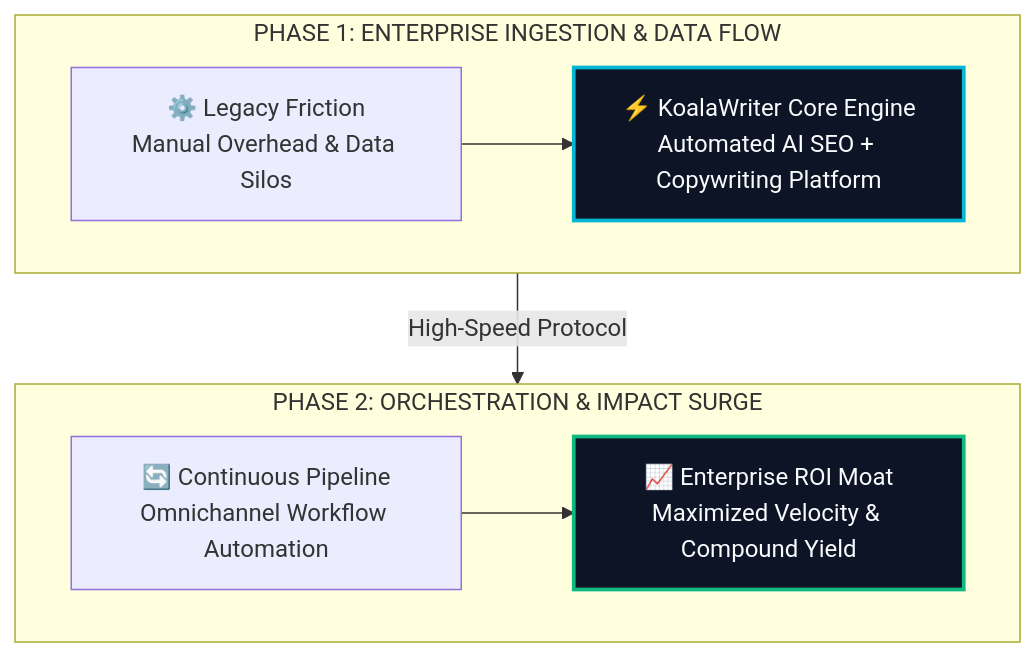
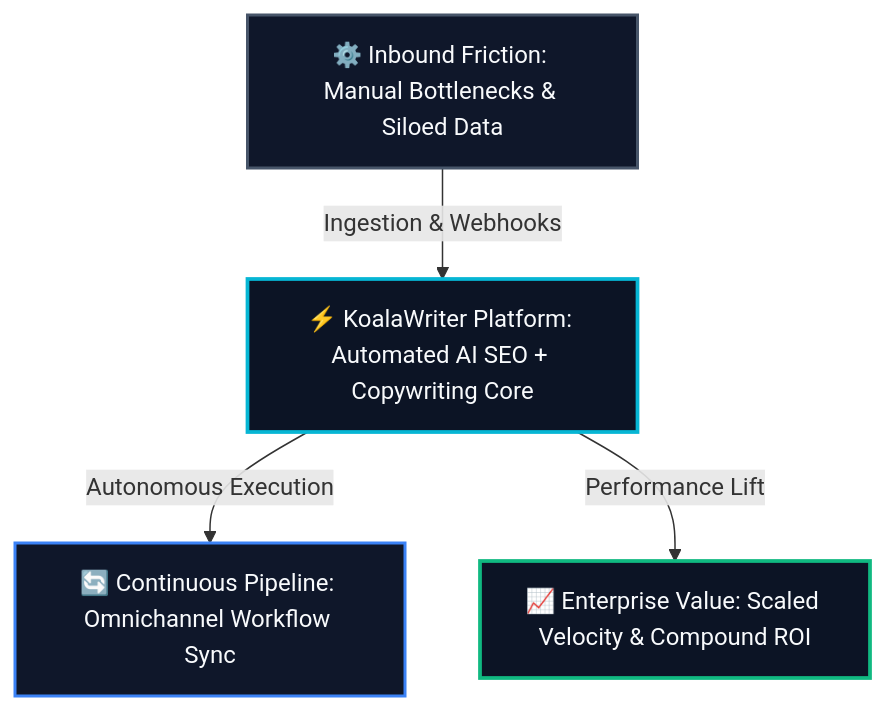
Before and after one commit to heliatech-media/saas-radar: the diagram in site/src/content/blog/koalawriter-evolution-guide-2026.md, drawn with Mermaid. The commit also changed 93 other files, not shown here.

First line of the commit message:
fix(diagrams): resolve dagre-d3 subgraph collision by migrating to balanced 3-tier Hub & Spoke architecture

````diff
--- a/site/src/content/blog/koalawriter-evolution-guide-2026.md
+++ b/site/src/content/blog/koalawriter-evolution-guide-2026.md
@@ -65,14 +65,14 @@
 ```mermaid
 flowchart TD
-    subgraph S1["PHASE 1: ENTERPRISE INGESTION & DATA FLOW"]
-        direction LR
-        A["⚙️ Legacy Friction<br/>Manual Overhead & Data Silos"] --> B["⚡ KoalaWriter Core Engine<br/>Automated AI SEO + Copywriting Platform"]
-    end
-    subgraph S2["PHASE 2: ORCHESTRATION & IMPACT SURGE"]
-        direction LR
-        C["🔄 Continuous Pipeline<br/>Omnichannel Workflow Automation"] --> D["📈 Enterprise ROI Moat<br/>Maximized Velocity & Compound Yield"]
-    end
-    S1 -->|High-Speed Protocol| S2
-    style B fill:#0c1425,stroke:#06b6d4,stroke-width:2.5px,color:#f8fafc
-    style D fill:#0c1425,stroke:#10b981,stroke-width:2.5px,color:#f8fafc
+    Inp["⚙️ Inbound Friction: Manual Bottlenecks & Siloed Data"]
+    Eng["⚡ KoalaWriter Platform: Automated AI SEO + Copywriting Core"]
+    Out1["🔄 Continuous Pipeline: Omnichannel Workflow Sync"]
+    Out2["📈 Enterprise Value: Scaled Velocity & Compound ROI"]
+    Inp -->|Ingestion & Webhooks| Eng
+    Eng -->|Autonomous Execution| Out1
+    Eng -->|Performance Lift| Out2
+    style Inp fill:#0f172a,stroke:#475569,stroke-width:2px,color:#f8fafc
+    style Eng fill:#0c1425,stroke:#06b6d4,stroke-width:2.5px,color:#f8fafc
+    style Out1 fill:#0f172a,stroke:#3b82f6,stroke-width:2px,color:#f8fafc
+    style Out2 fill:#0c1425,stroke:#10b981,stroke-width:2.5px,color:#f8fafc
 ```
````
